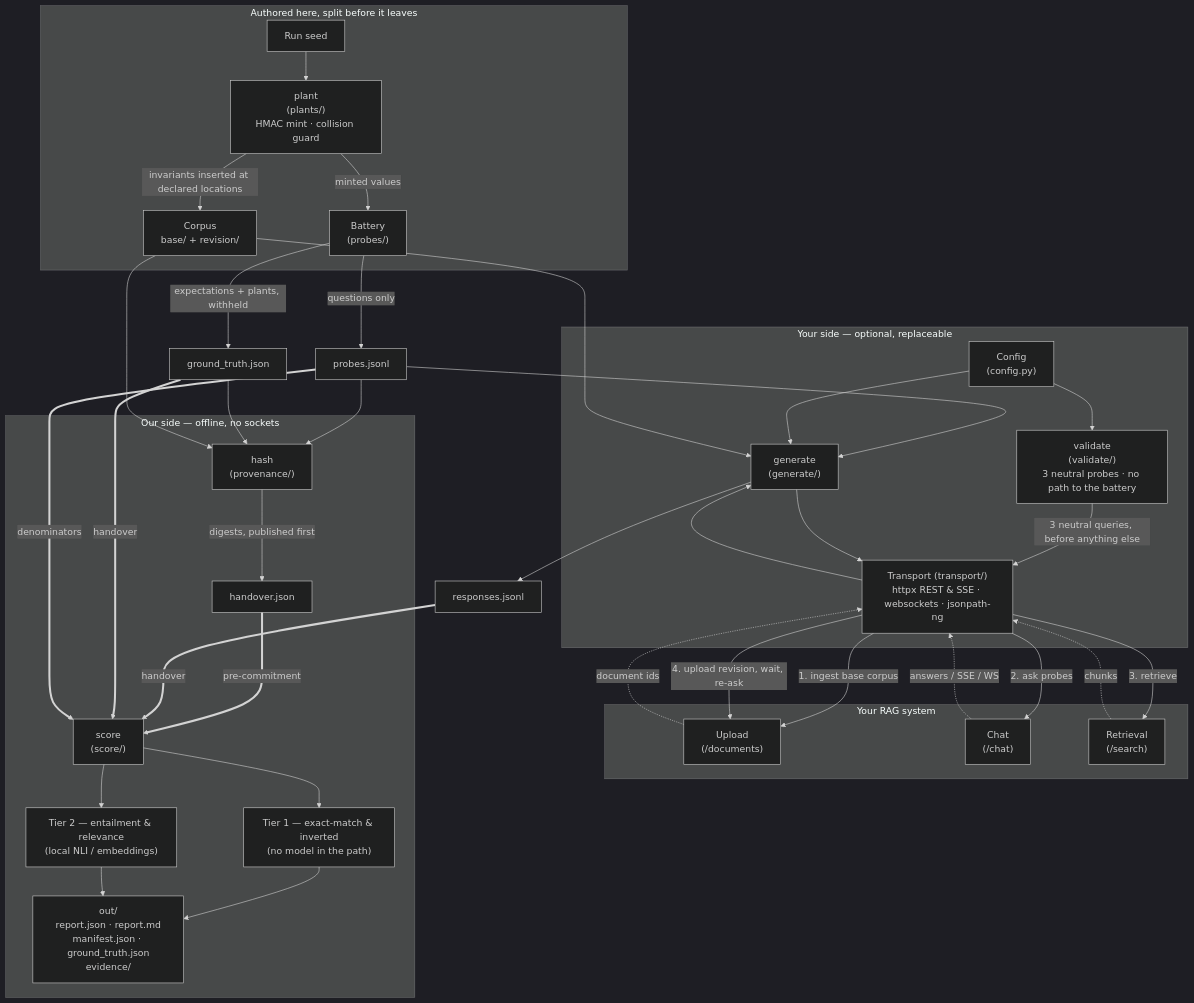
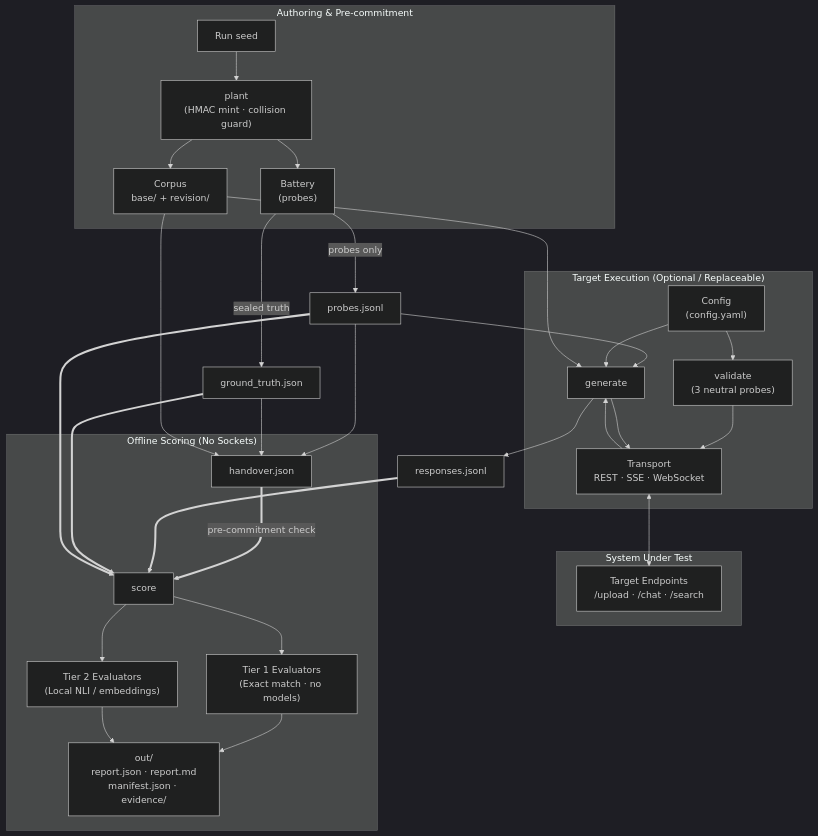
One commit to azterizm/legal-rag-audit changed the diagram in README.md. Above: the diagram before and after it, drawn with Mermaid (dark theme). The commit also changed other lines of this file and 4 other files, not shown here.

````diff
--- a/README.md
+++ b/README.md
@@ -159,61 +139,51 @@
 ```mermaid
 flowchart TD
-    subgraph Authoring ["Authored here, split before it leaves"]
+    subgraph Authoring ["Authoring & Pre-commitment"]
         SEED["Run seed"]
-        PLANT["plant<br/>(plants/)<br/>HMAC mint · collision guard"]
-        BATTERY["Battery<br/>(probes/)"]
+        PLANT["plant<br/>(HMAC mint · collision guard)"]
+        BATTERY["Battery<br/>(probes)"]
         CORPUS["Corpus<br/>base/ + revision/"]
     end
-    subgraph Theirs ["Your side — optional, replaceable"]
-        CFG["Config<br/>(config.py)"]
-        VAL["validate<br/>(validate/)<br/>3 neutral probes · no path to the battery"]
-        GEN["generate<br/>(generate/)"]
-        TRANSPORT["Transport (transport/)<br/>httpx REST & SSE · websockets · jsonpath-ng"]
+    subgraph TargetExec ["Target Execution (Optional / Replaceable)"]
+        CFG["Config<br/>(config.yaml)"]
+        VAL["validate<br/>(3 neutral probes)"]
+        GEN["generate"]
+        TRANSPORT["Transport<br/>REST · SSE · WebSocket"]
     end
-    subgraph Target ["Your RAG system"]
-        UPLOAD_EP["Upload<br/>(/documents)"]
-        CHAT_EP["Chat<br/>(/chat)"]
-        RET_EP["Retrieval<br/>(/search)"]
+    subgraph TargetSystem ["System Under Test"]
+        TARGET_EP["Target Endpoints<br/>/upload · /chat · /search"]
     end
-    subgraph Ours ["Our side — offline, no sockets"]
-        HASH["hash<br/>(provenance/)"]
+    subgraph OfflineScoring ["Offline Scoring (No Sockets)"]
         HANDOVER["handover.json"]
-        SCORE["score<br/>(score/)"]
-        E_EXACT["Tier 1 — exact-match & inverted<br/>(no model in the path)"]
-        E_NLI["Tier 2 — entailment & relevance<br/>(local NLI / embeddings)"]
-        REP_JSON["out/<br/>report.json · report.md<br/>manifest.json · ground_truth.json<br/>evidence/"]
+        SCORE["score"]
+        E_EXACT["Tier 1 Evaluators<br/>(Exact match · no models)"]
+        E_NLI["Tier 2 Evaluators<br/>(Local NLI / embeddings)"]
+        REPORTS["out/<br/>report.json · report.md<br/>manifest.json · evidence/"]
     end
 
     SEED --> PLANT
-    PLANT -->|invariants inserted at declared locations| CORPUS
-    PLANT -->|minted values| BATTERY
-    BATTERY -->|questions only| PROBES["probes.jsonl"]
-    BATTERY -->|expectations + plants, withheld| GT["ground_truth.json"]
-    PROBES --> HASH
-    GT --> HASH
-    CORPUS --> HASH
-    HASH -->|digests, published first| HANDOVER
-    HANDOVER ==>|pre-commitment| SCORE
+    PLANT --> CORPUS
+    PLANT --> BATTERY
+    BATTERY -->|probes only| PROBES["probes.jsonl"]
+    BATTERY -->|sealed truth| GT["ground_truth.json"]
+    PROBES --> HANDOVER
+    GT --> HANDOVER
+    CORPUS --> HANDOVER
+    HANDOVER ==>|pre-commitment check| SCORE
     PROBES --> GEN
     CFG --> GEN
     CFG --> VAL
-    VAL -->|3 neutral queries, before anything else| TRANSPORT
+    VAL --> TRANSPORT
     CORPUS --> GEN
     GEN --> TRANSPORT
-    TRANSPORT -->|1. ingest base corpus| UPLOAD_EP
-    TRANSPORT -->|2. ask probes| CHAT_EP
-    TRANSPORT -->|3. retrieve| RET_EP
-    TRANSPORT -->|4. upload revision, wait, re-ask| UPLOAD_EP
-    UPLOAD_EP -.->|document ids| TRANSPORT
-    CHAT_EP -.->|answers / SSE / WS| TRANSPORT
-    RET_EP -.->|chunks| TRANSPORT
+    TRANSPORT <--> TARGET_EP
     TRANSPORT --> GEN
     GEN --> RESP["responses.jsonl"]
-    RESP ==>|handover| SCORE
-    GT ==>|handover| SCORE
-    PROBES ==>|denominators| SCORE
+    RESP ==> SCORE
+    GT ==> SCORE
+    PROBES ==> SCORE
     SCORE --> E_EXACT
     SCORE --> E_NLI
-    E_EXACT --> REP_JSON
-    E_NLI --> REP_JSON
+    E_EXACT --> REPORTS
+    E_NLI --> REPORTS
 ```
````
